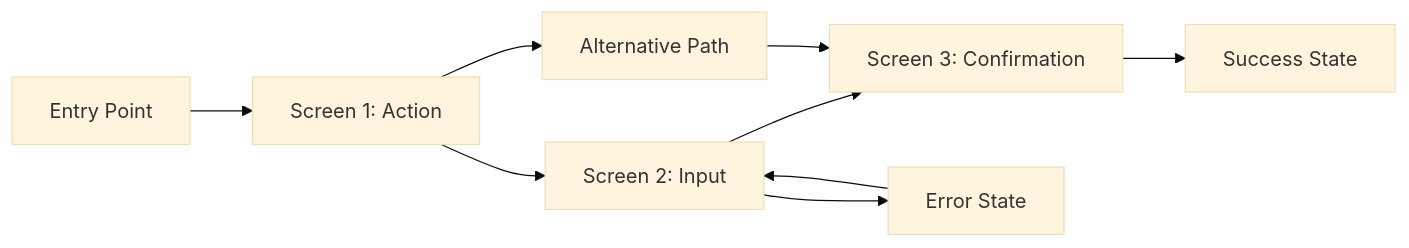
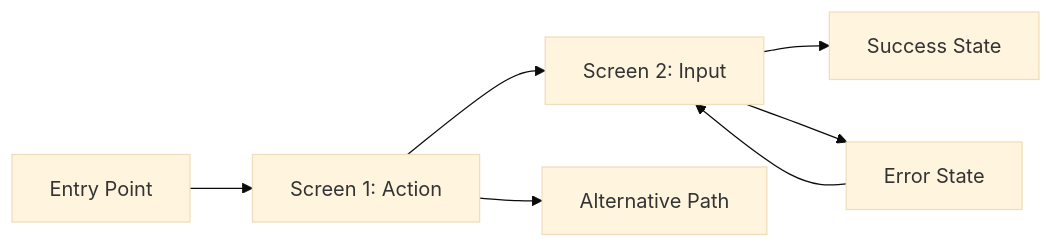
The diagram in .gaia/designs/4-frontend.md (frostaura/ai.toolkit.gaia), drawn with Mermaid (base theme) before and after one commit. The commit also changed other lines of this file and 4 other files, not shown here.

````diff
--- a/.gaia/designs/4-frontend.md
+++ b/.gaia/designs/4-frontend.md
@@ -39,13 +26,9 @@
 ```mermaid
 graph LR
     A[Entry Point] --> B[Screen 1: Action]
-    B --> C[Screen 2: Input]
-    C --> D[Screen 3: Confirmation]
-    D --> E[Success State]
-    
-    B --> F[Alternative Path]
-    F --> D
-    
-    C --> G[Error State]
-    G --> C
+    B --> C[Screen 2: Input]  
+    C --> D[Success State]
+    B --> E[Alternative Path]
+    C --> F[Error State]
+    F --> C
 ```
````
